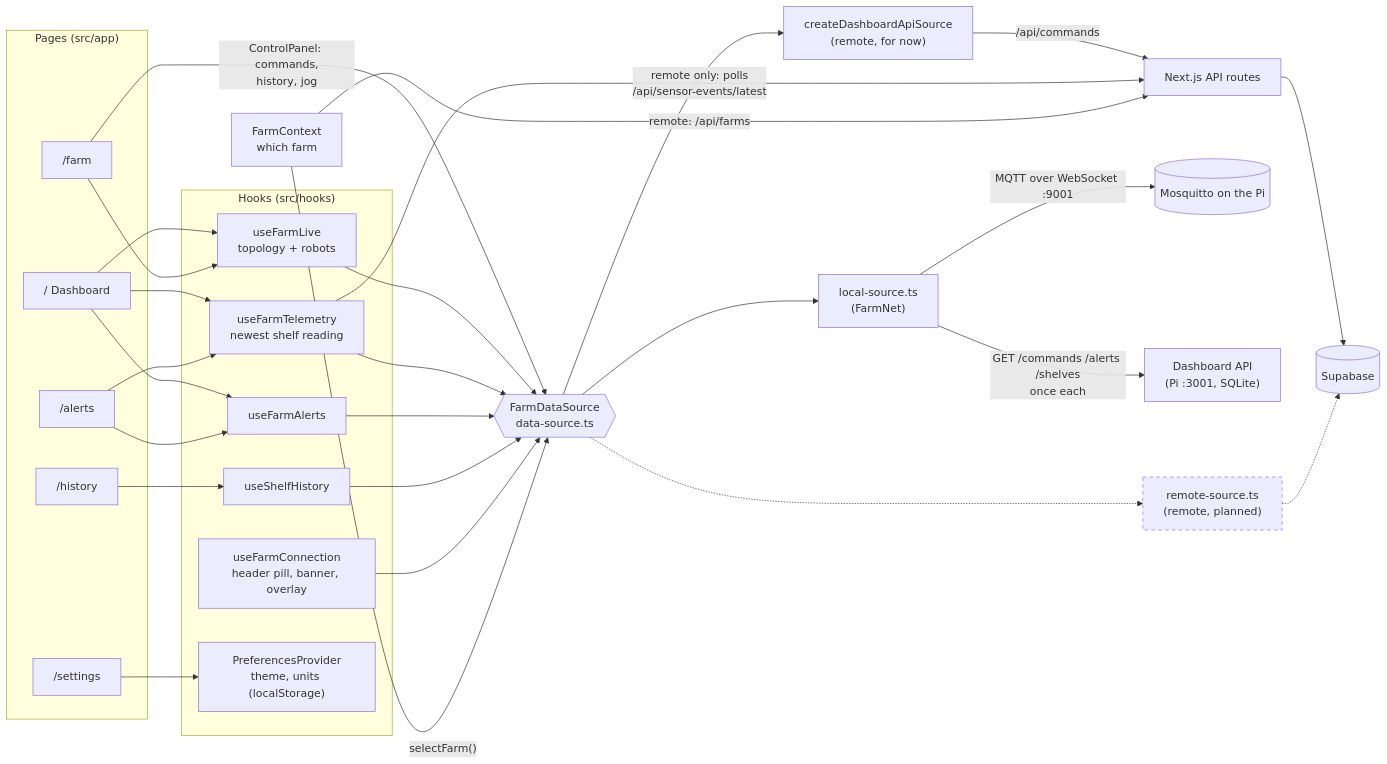
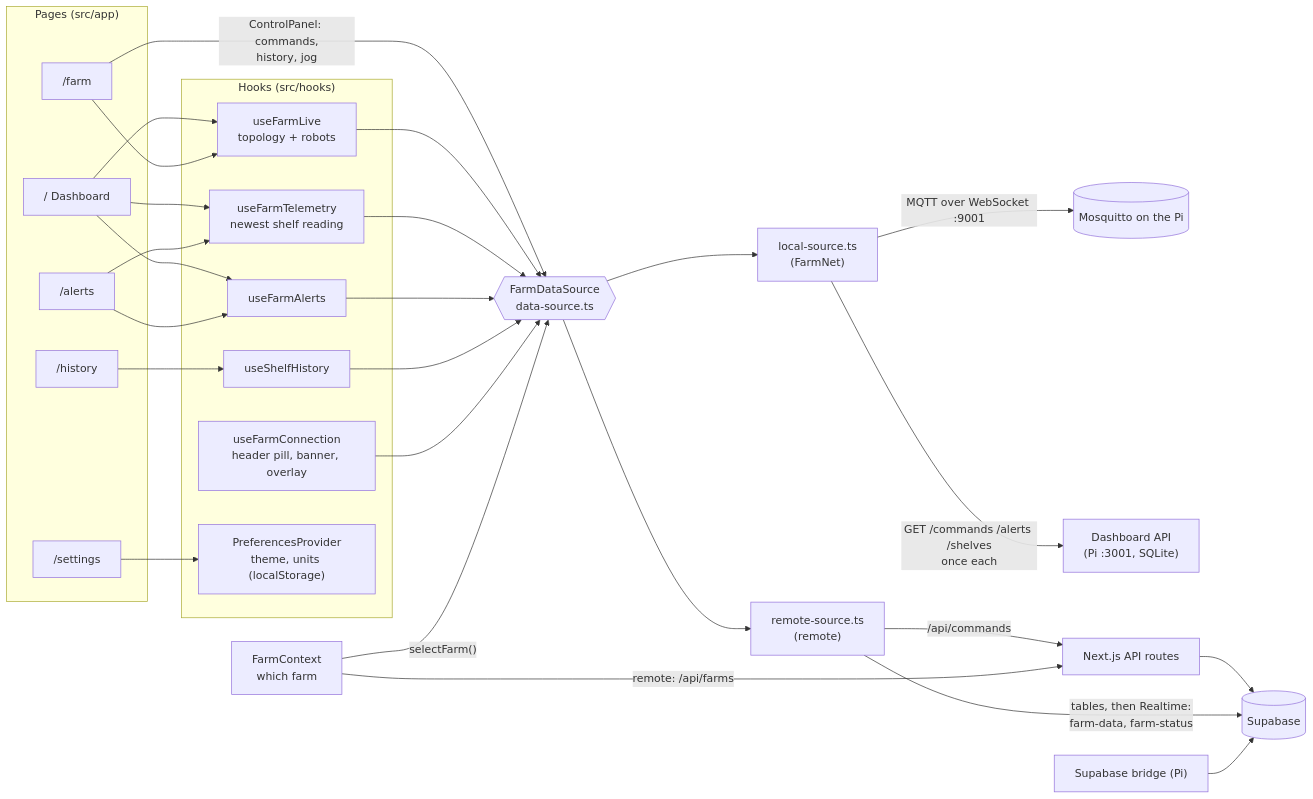
The first of 5 diagrams in web/docs/architecture.md (Ca1eb9/verdant-os), drawn with Mermaid before and after one commit. The commit also changed other lines of this file and 20 other files, not shown here.

First line of the commit message:
Remote data source (#56)

````diff
--- a/web/docs/architecture.md
+++ b/web/docs/architecture.md
@@ -14,48 +13,44 @@
 ```mermaid
 flowchart LR
     subgraph Pages["Pages (src/app)"]
         Dash["/ Dashboard"]
         Farm["/farm"]
         Hist["/history"]
         Alerts["/alerts"]
         Settings["/settings"]
     end
 
     subgraph Hooks["Hooks (src/hooks)"]
         Live["useFarmLive<br/>topology + robots"]
         Tele["useFarmTelemetry<br/>newest shelf reading"]
         AlertsH["useFarmAlerts"]
         HistH["useShelfHistory"]
         Conn["useFarmConnection<br/>header pill, banner, overlay"]
         Prefs["PreferencesProvider<br/>theme, units (localStorage)"]
     end
 
     FarmCtx["FarmContext<br/>which farm"]
     DS{{"FarmDataSource<br/>data-source.ts"}}
 
     Dash --> Tele & AlertsH & Live
     Farm --> Live
     Farm -- "ControlPanel: commands,<br/>history, jog" --> DS
     Hist --> HistH
     Alerts --> AlertsH & Tele
     Settings --> Prefs
 
     Live & Tele & AlertsH & HistH & Conn --> DS
     FarmCtx -- "selectFarm()" --> DS
 
     DS --> Local["local-source.ts<br/>(FarmNet)"]
-    DS --> Stub["createDashboardApiSource<br/>(remote, for now)"]
-    DS -.-> Remote["remote-source.ts<br/>(remote, planned)"]
+    DS --> Remote["remote-source.ts<br/>(remote)"]
 
     Local -- "MQTT over WebSocket :9001" --> Broker[("Mosquitto on the Pi")]
     Local -- "GET /commands /alerts /shelves<br/>once each" --> DApi["Dashboard API<br/>(Pi :3001, SQLite)"]
 
-    Stub -- "/api/commands" --> Next["Next.js API routes"]
-    Tele -- "remote only: polls<br/>/api/sensor-events/latest" --> Next
+    Remote -- "/api/commands" --> Next["Next.js API routes"]
     FarmCtx -- "remote: /api/farms" --> Next
     Next --> Supa[("Supabase")]
-    Remote -.-> Supa
-
-    classDef planned stroke-dasharray: 5 5
-    class Remote planned
+    Remote -- "tables, then Realtime:<br/>farm-data, farm-status" --> Supa
+    Bridge["Supabase bridge (Pi)"] --> Supa
 ```
````
